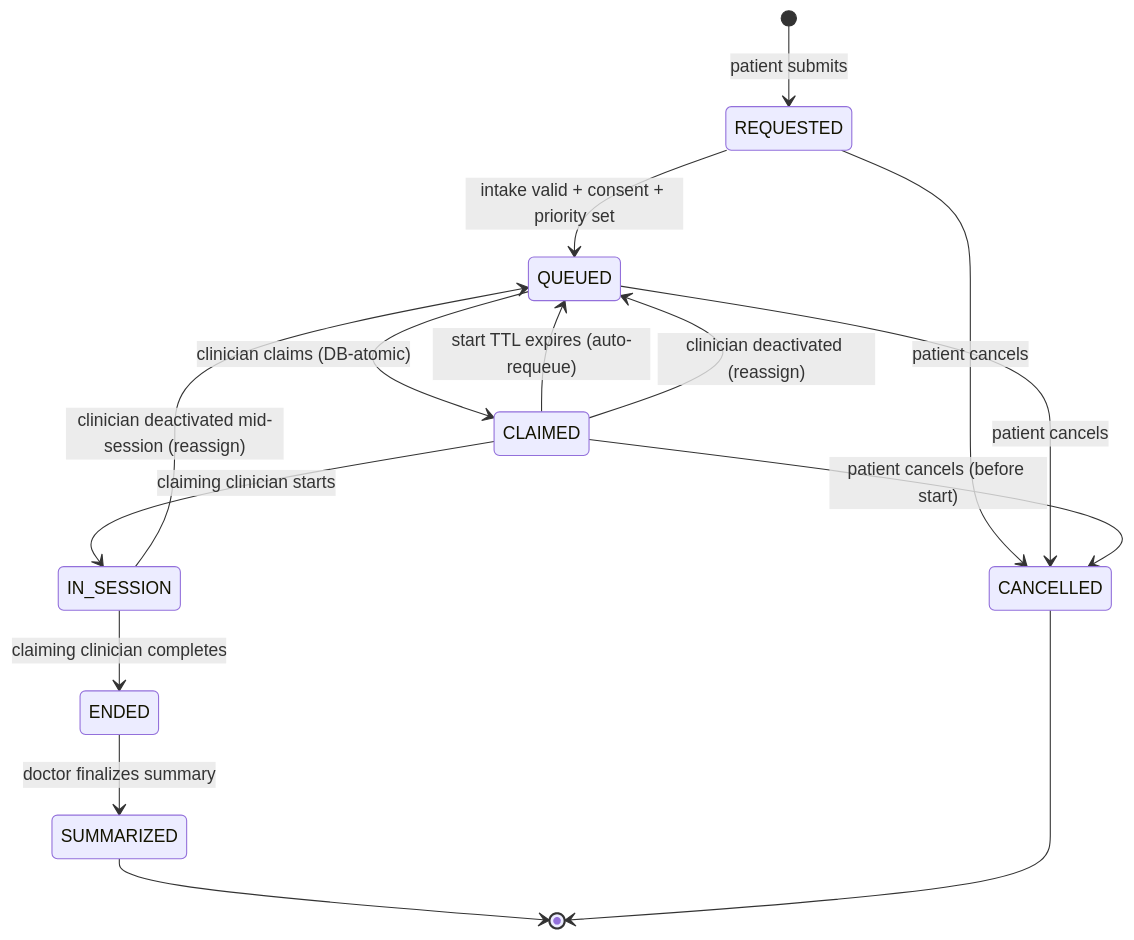
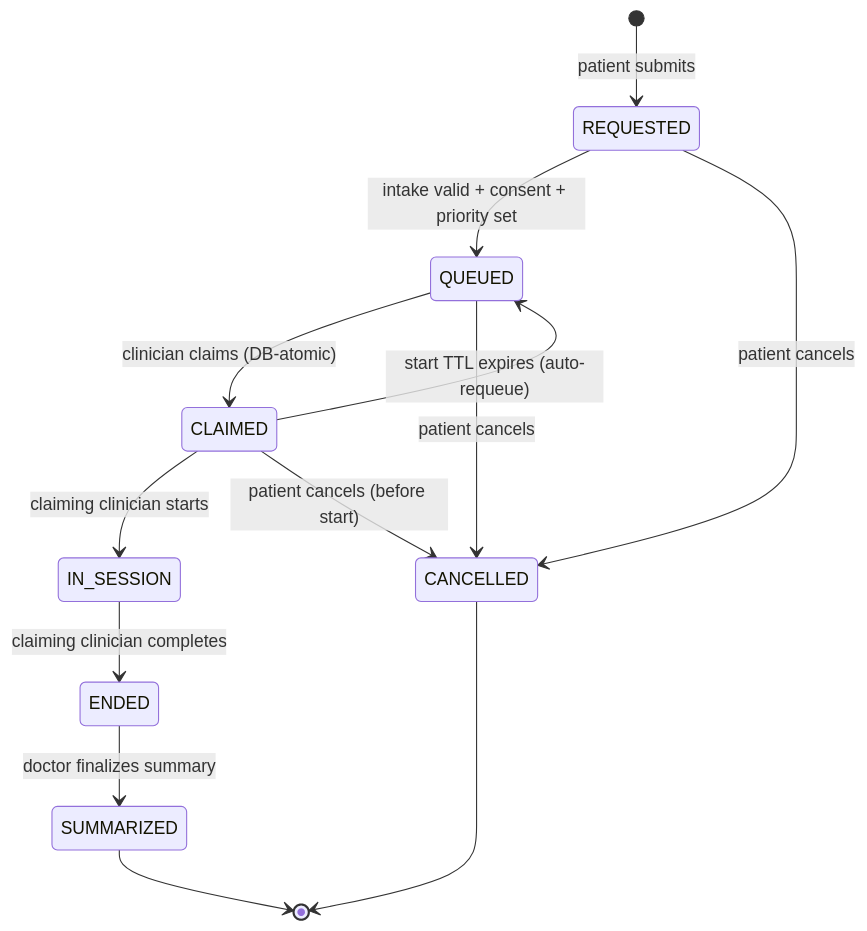
Before and after one commit to akritiupreti/virtual-consultation-platform: the diagram in docs/state-machine.md, drawn with Mermaid. The commit also changed other lines of this file and 193 other files, not shown here.

First line of the commit message:
refactor: simplify consultation workflow and fix data-model diagram

````diff
--- a/docs/state-machine.md
+++ b/docs/state-machine.md
@@ -21,17 +21,15 @@
 ```mermaid
 stateDiagram-v2
     [*] --> REQUESTED: patient submits
     REQUESTED --> QUEUED: intake valid + consent + priority set
     REQUESTED --> CANCELLED: patient cancels
     QUEUED --> CLAIMED: clinician claims (DB-atomic)
     QUEUED --> CANCELLED: patient cancels
     CLAIMED --> IN_SESSION: claiming clinician starts
     CLAIMED --> QUEUED: start TTL expires (auto-requeue)
-    CLAIMED --> QUEUED: clinician deactivated (reassign)
     CLAIMED --> CANCELLED: patient cancels (before start)
     IN_SESSION --> ENDED: claiming clinician completes
-    IN_SESSION --> QUEUED: clinician deactivated mid-session (reassign)
     ENDED --> SUMMARIZED: doctor finalizes summary
     SUMMARIZED --> [*]
     CANCELLED --> [*]
 ```
````
